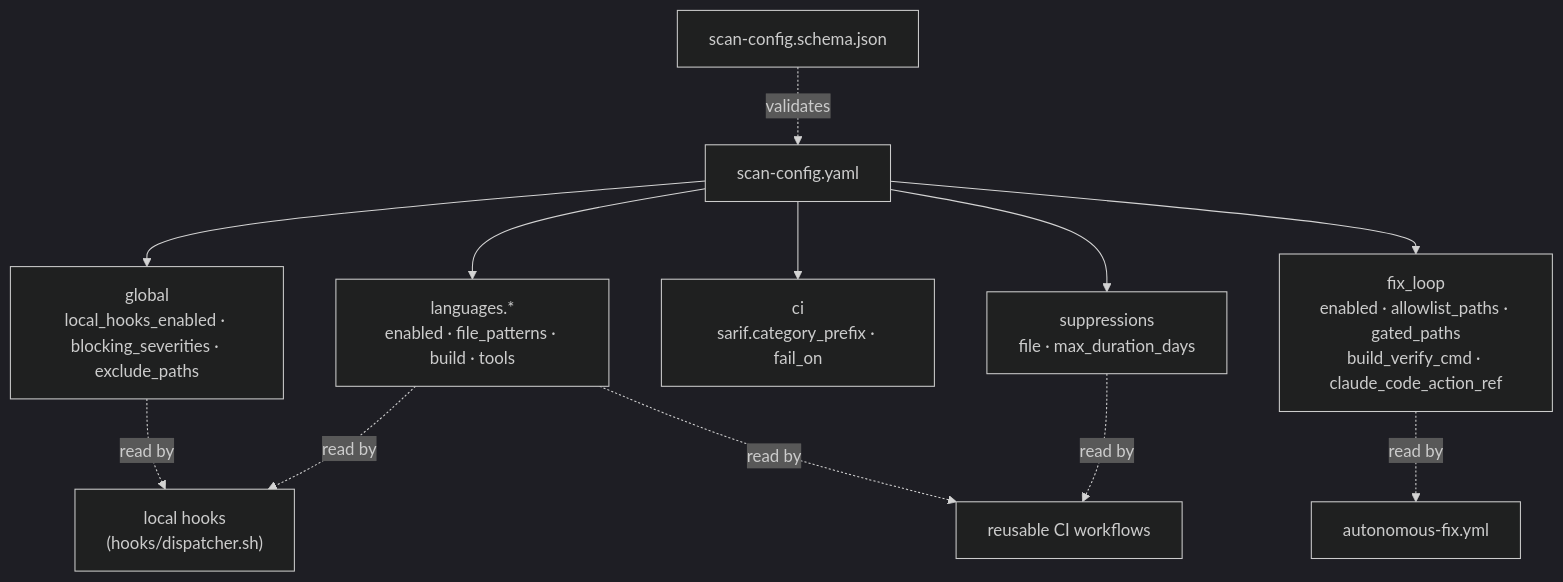
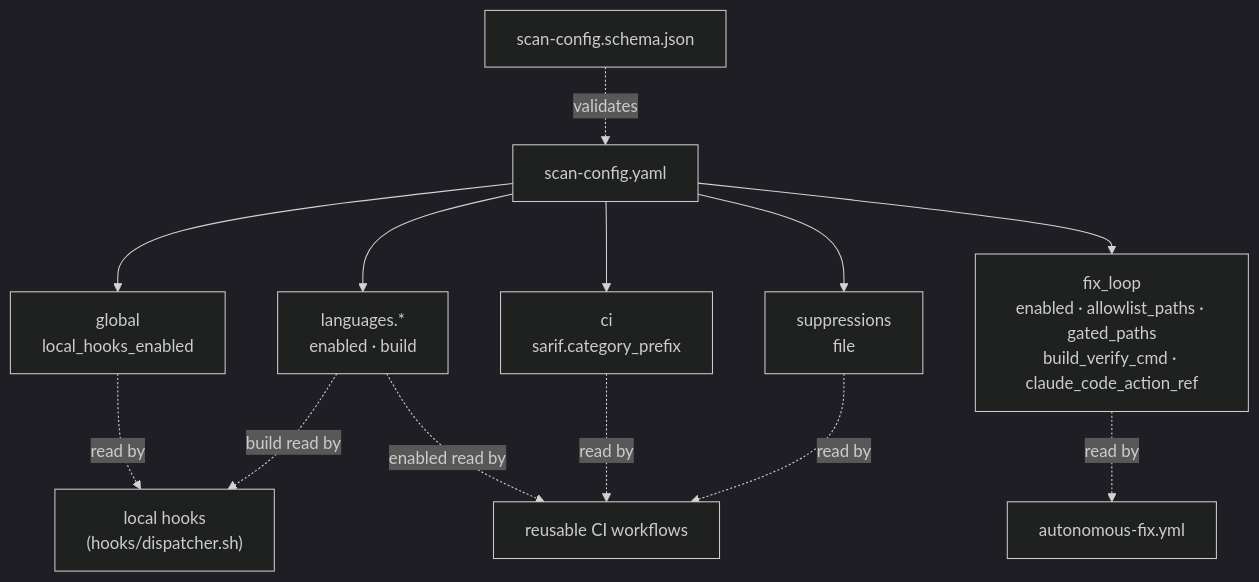
Before and after one commit to agenticcodingops/auto-code-scanning: the second of 9 diagrams in docs/ARCHITECTURE.md, drawn with Mermaid (dark theme). The commit also changed other lines of this file and 19 other files, not shown here.

````diff
--- a/docs/ARCHITECTURE.md
+++ b/docs/ARCHITECTURE.md
@@ -65,16 +66,17 @@
 ```mermaid
 flowchart TD
     cfg["scan-config.yaml"]
-    cfg --> g["global<br/>local_hooks_enabled · blocking_severities · exclude_paths"]
-    cfg --> langs["languages.*<br/>enabled · file_patterns · build · tools"]
-    cfg --> ci["ci<br/>sarif.category_prefix · fail_on"]
-    cfg --> sup["suppressions<br/>file · max_duration_days"]
+    cfg --> g["global<br/>local_hooks_enabled"]
+    cfg --> langs["languages.*<br/>enabled · build"]
+    cfg --> ci["ci<br/>sarif.category_prefix"]
+    cfg --> sup["suppressions<br/>file"]
     cfg --> fl["fix_loop<br/>enabled · allowlist_paths · gated_paths<br/>build_verify_cmd · claude_code_action_ref"]
 
-    langs -. read by .-> hooks["local hooks<br/>(hooks/dispatcher.sh)"]
-    langs -. read by .-> cireuse["reusable CI workflows"]
+    langs -. build read by .-> hooks["local hooks<br/>(hooks/dispatcher.sh)"]
+    langs -. enabled read by .-> cireuse["reusable CI workflows"]
+    ci -. read by .-> cireuse
     fl -. read by .-> fixloop["autonomous-fix.yml"]
     g  -. read by .-> hooks
     sup -. read by .-> cireuse
     schema["scan-config.schema.json"] -. validates .-> cfg
 ```
````
